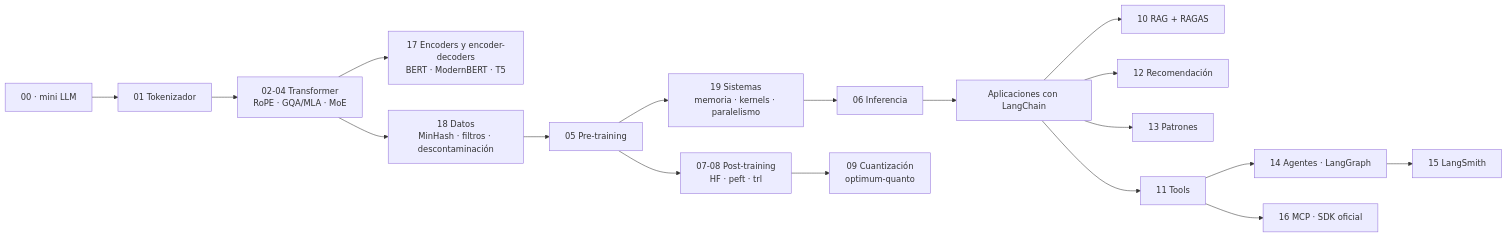
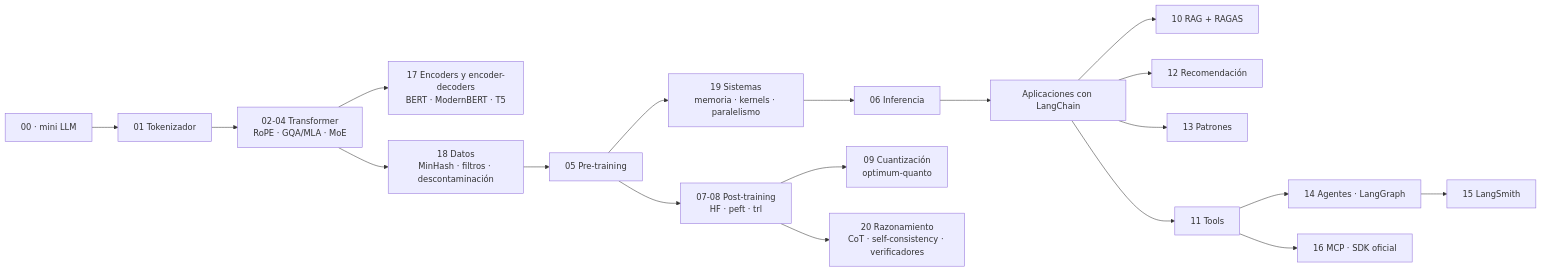
One commit to ZoodiacR/llm-edu-suite changed the diagram in docs/es/README.md. Above: the diagram before and after it, drawn with Mermaid. The commit also changed other lines of this file and 21 other files, not shown here.

````diff
--- a/docs/es/README.md
+++ b/docs/es/README.md
@@ -42,20 +44,21 @@
 ```mermaid
 flowchart LR
     Z[00 · mini LLM] --> B[01 Tokenizador]
     B --> C[02-04 Transformer<br/>RoPE · GQA/MLA · MoE]
     C --> Q["17 Encoders y encoder-decoders<br/>BERT · ModernBERT · T5"]
     C --> P["18 Datos<br/>MinHash · filtros · descontaminación"]
     P --> D[05 Pre-training]
     D --> S["19 Sistemas<br/>memoria · kernels · paralelismo"]
     S --> E[06 Inferencia]
     D --> F["07-08 Post-training<br/>HF · peft · trl"]
     F --> G["09 Cuantización<br/>optimum-quanto"]
+    F --> R["20 Razonamiento<br/>CoT · self-consistency · verificadores"]
     E --> H[Aplicaciones con LangChain]
     H --> I["10 RAG + RAGAS"]
     H --> K[12 Recomendación]
     H --> L[13 Patrones]
     H --> J[11 Tools]
     J --> M["14 Agentes · LangGraph"]
     J --> N["16 MCP · SDK oficial"]
     M --> O["15 LangSmith"]
 ```
````
